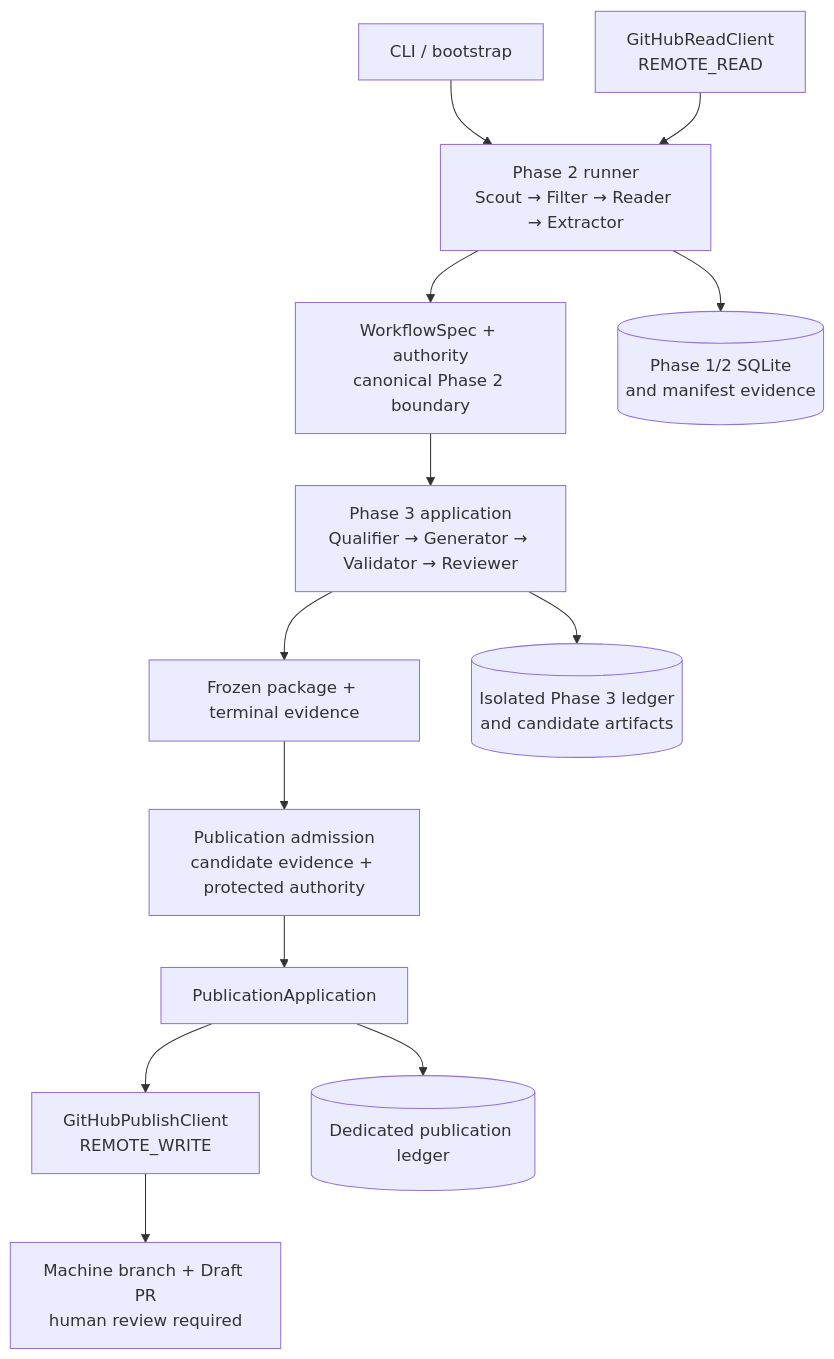
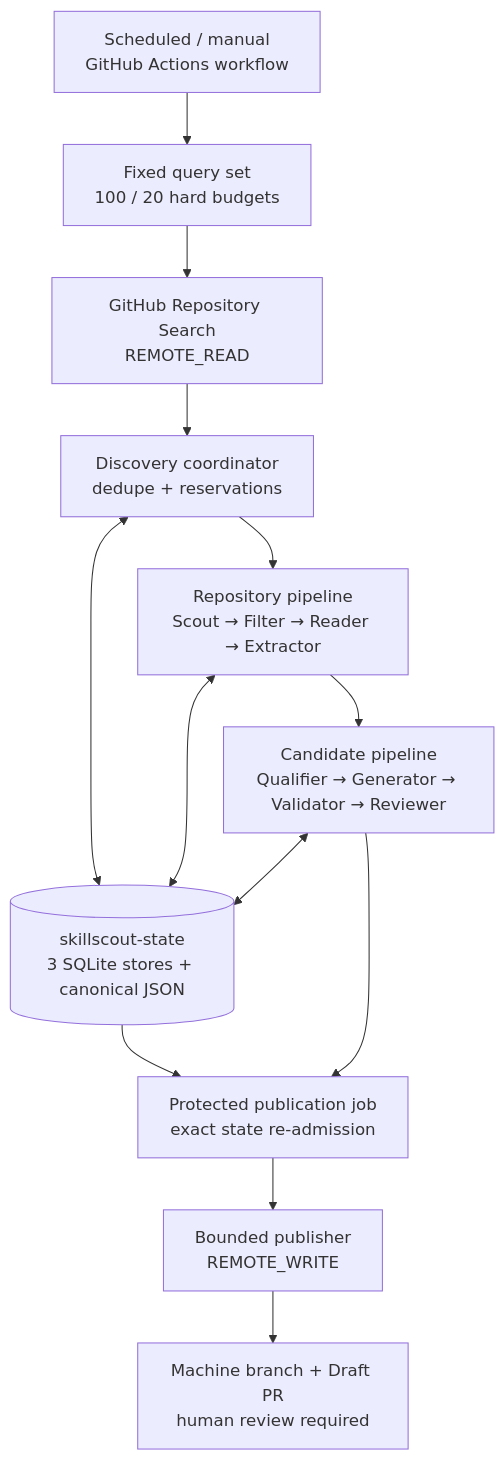
The diagram in docs/ARCHITECTURE.md (alexzhu0/skillscout), drawn with Mermaid before and after one commit. The commit also changed other lines of this file and 7 other files, not shown here.

````diff
--- a/docs/ARCHITECTURE.md
+++ b/docs/ARCHITECTURE.md
@@ -14,29 +14,26 @@
 ```mermaid
 flowchart TD
-    CLI["CLI / bootstrap"]
-    GHRead["GitHubReadClient<br/>REMOTE_READ"]
-    P2["Phase 2 runner<br/>Scout → Filter → Reader → Extractor"]
-    WF["WorkflowSpec + authority<br/>canonical Phase 2 boundary"]
-    P3["Phase 3 application<br/>Qualifier → Generator → Validator → Reviewer"]
-    Candidate["Frozen package + terminal evidence"]
-    Admission["Publication admission<br/>candidate evidence + protected authority"]
-    Publisher["PublicationApplication"]
-    GHWrite["GitHubPublishClient<br/>REMOTE_WRITE"]
+    Workflow["Scheduled / manual<br/>GitHub Actions workflow"]
+    Policy["Fixed query set<br/>100 / 20 hard budgets"]
+    Search["GitHub Repository Search<br/>REMOTE_READ"]
+    Discovery["Discovery coordinator<br/>dedupe + reservations"]
+    Extract["Repository pipeline<br/>Scout → Filter → Reader → Extractor"]
+    Candidate["Candidate pipeline<br/>Qualifier → Generator → Validator → Reviewer"]
+    State[("skillscout-state<br/>3 SQLite stores + canonical JSON")]
+    Protected["Protected publication job<br/>exact state re-admission"]
+    Publisher["Bounded publisher<br/>REMOTE_WRITE"]
     Draft["Machine branch + Draft PR<br/>human review required"]
-    State12[("Phase 1/2 SQLite<br/>and manifest evidence")]
-    State3[("Isolated Phase 3 ledger<br/>and candidate artifacts")]
-    PubState[("Dedicated publication ledger")]
 
-    CLI --> P2
-    GHRead --> P2
-    P2 --> State12
-    P2 --> WF
-    WF --> P3
-    P3 --> State3
-    P3 --> Candidate
-    Candidate --> Admission
-    Admission --> Publisher
-    Publisher --> PubState
-    Publisher --> GHWrite
-    GHWrite --> Draft
+    Workflow --> Policy
+    Policy --> Search
+    Search --> Discovery
+    Discovery --> Extract
+    Extract --> Candidate
+    Discovery <--> State
+    Extract <--> State
+    Candidate <--> State
+    State --> Protected
+    Candidate --> Protected
+    Protected --> Publisher
+    Publisher --> Draft
 ```
````
